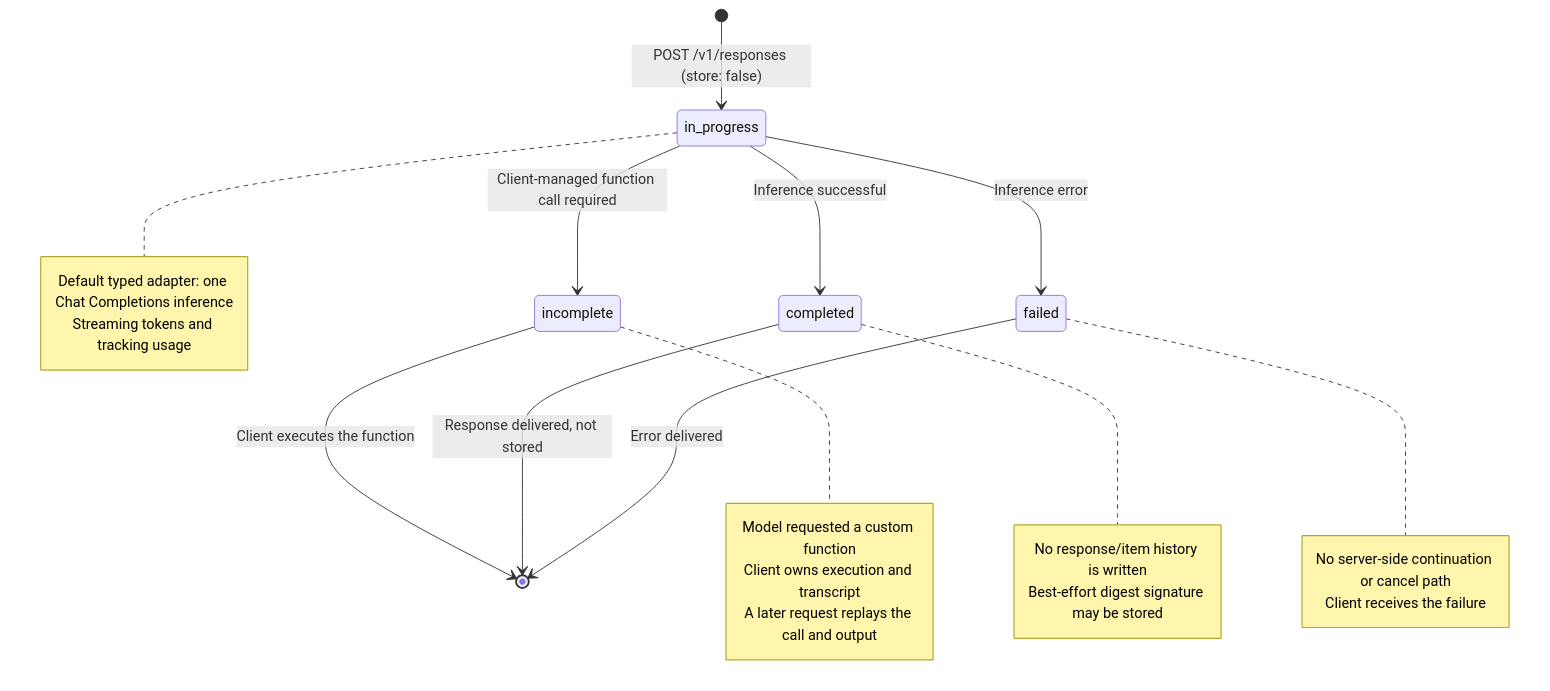
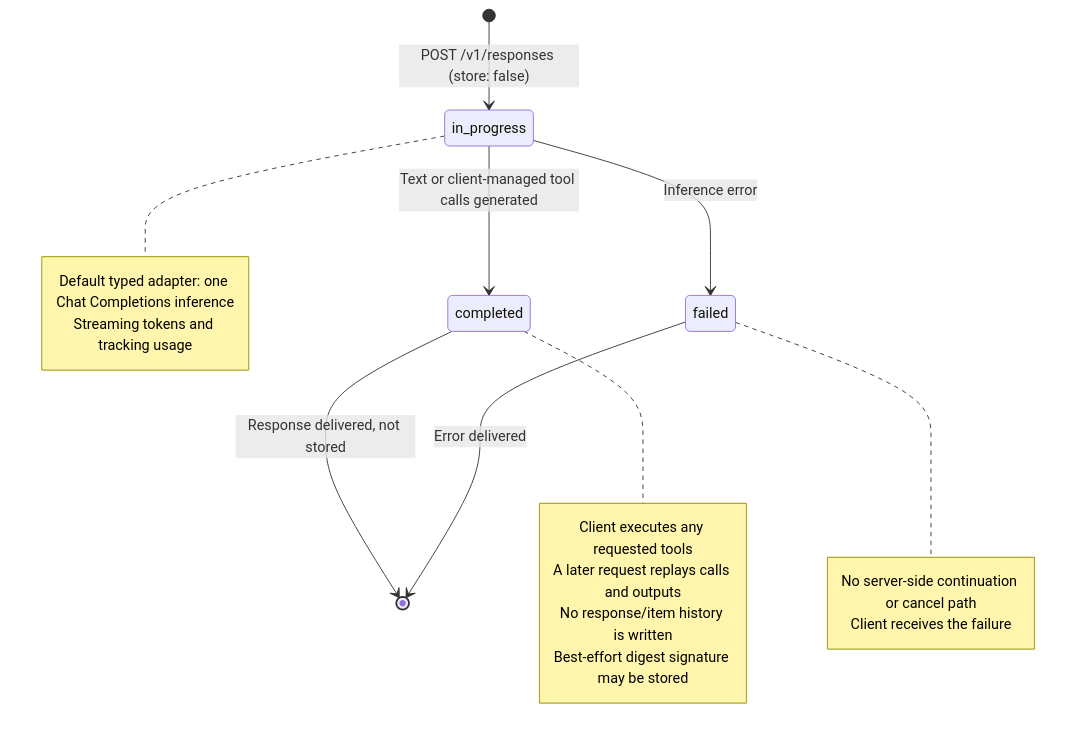
Before and after one commit to nearai/cloud-api: diagram 12 of 16 in docs/architecture/c4-diagrams.md, drawn with Mermaid. The commit also changed other lines of this file and 30 other files, not shown here.

Commit message:
fix(responses): support Codex client tools and stateless replay

````diff
--- a/docs/architecture/c4-diagrams.md
+++ b/docs/architecture/c4-diagrams.md
@@ -777,34 +779,27 @@
 ```mermaid
 stateDiagram-v2
     [*] --> in_progress: POST /v1/responses (store: false)
 
-    in_progress --> completed: Inference successful
-    in_progress --> incomplete: Client-managed function call required
+    in_progress --> completed: Text or client-managed tool calls generated
     in_progress --> failed: Inference error
-
-    incomplete --> [*]: Client executes the function
 
     completed --> [*]: Response delivered, not stored
     failed --> [*]: Error delivered
 
     note right of in_progress
         Default typed adapter: one Chat Completions inference
         Streaming tokens and tracking usage
     end note
 
-    note right of incomplete
-        Model requested a custom function
-        Client owns execution and transcript
-        A later request replays the call and output
-    end note
-
     note right of completed
+        Client executes any requested tools
+        A later request replays calls and outputs
         No response/item history is written
         Best-effort digest signature may be stored
     end note
 
     note right of failed
         No server-side continuation or cancel path
         Client receives the failure
     end note
 ```
````
